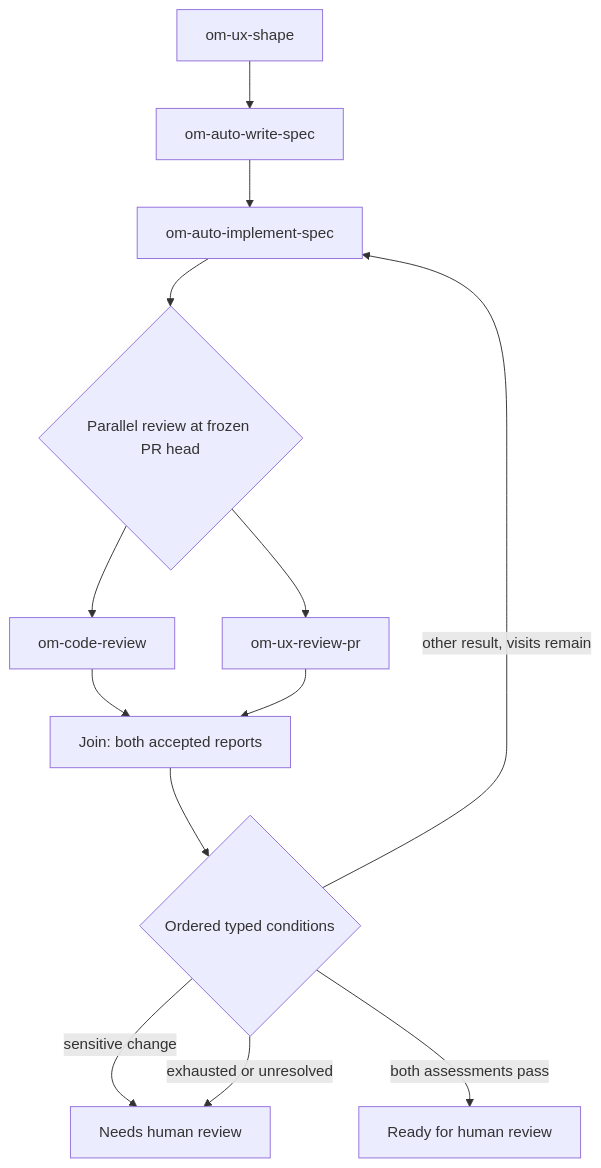
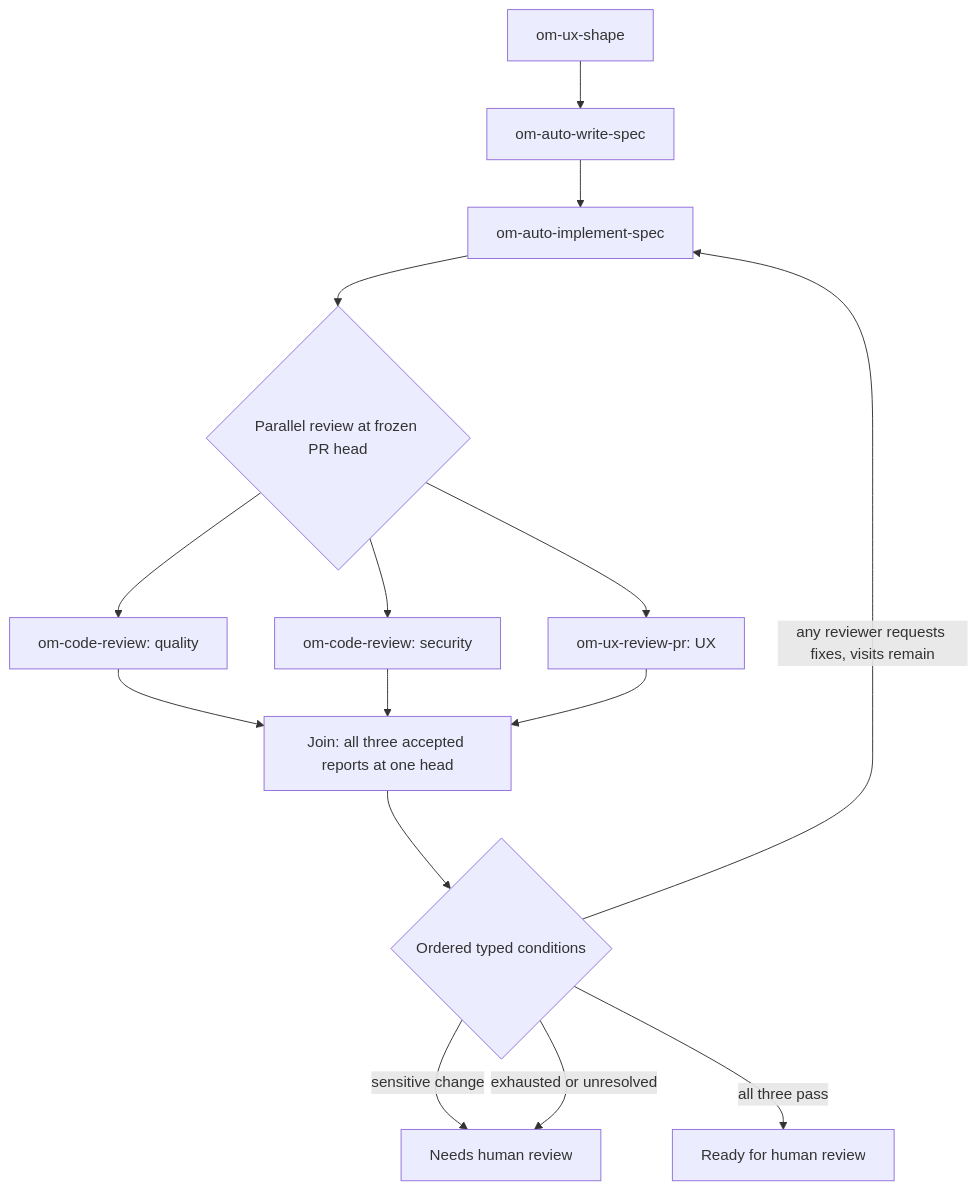
One commit to Igloczek/cezar changed the diagram in .ai/specs/2026-10-04-decision-workflow-builder.md. Above: the diagram before and after it, drawn with Mermaid. The commit also changed other lines of this file and 14 other files, not shown here.

Commit message:
spec: visualize multi-reviewer fan-out and wait-for-all join

````diff
--- a/.ai/specs/2026-10-04-decision-workflow-builder.md
+++ b/.ai/specs/2026-10-04-decision-workflow-builder.md
@@ -79,15 +97,17 @@
 ```mermaid
 flowchart TD
   A[om-ux-shape] --> B[om-auto-write-spec]
   B --> C[om-auto-implement-spec]
   C --> F{Parallel review at frozen PR head}
-  F --> D[om-code-review]
-  F --> E[om-ux-review-pr]
-  D --> J[Join: both accepted reports]
+  F --> D[om-code-review: quality]
+  F --> S[om-code-review: security]
+  F --> E[om-ux-review-pr: UX]
+  D --> J[Join: all three accepted reports at one head]
+  S --> J
   E --> J
   J --> G{Ordered typed conditions}
   G -- sensitive change --> H[Needs human review]
-  G -- both assessments pass --> I[Ready for human review]
-  G -- other result, visits remain --> C
+  G -- any reviewer requests fixes, visits remain --> C
+  G -- all three pass --> I[Ready for human review]
   G -- exhausted or unresolved --> H
 ```
````
